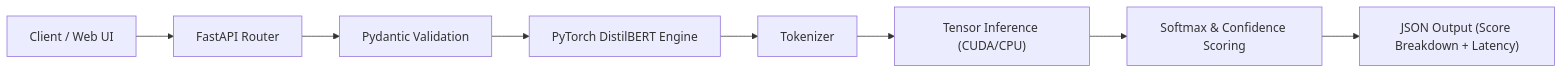
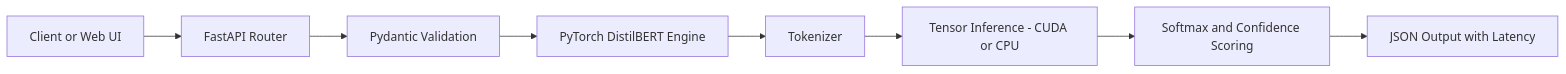
The diagram in README.md (jayshreeganesh/sentiment-api), drawn with Mermaid before and after one commit.

Commit message:
fix: simplify Mermaid diagram syntax for GitHub renderer compatibility

````diff
--- a/README.md
+++ b/README.md
@@ -23,10 +23,10 @@
 ```mermaid
 flowchart LR
-    A["Client / Web UI"] --> B["FastAPI Router"]
-    B --> C["Pydantic Validation"]
-    C --> D["PyTorch DistilBERT Engine"]
-    D --> E["Tokenizer"]
-    E --> F["Tensor Inference (CUDA/CPU)"]
-    F --> G["Softmax & Confidence Scoring"]
-    G --> H["JSON Output (Score Breakdown + Latency)"]
+    A[Client or Web UI] --> B[FastAPI Router]
+    B --> C[Pydantic Validation]
+    C --> D[PyTorch DistilBERT Engine]
+    D --> E[Tokenizer]
+    E --> F[Tensor Inference - CUDA or CPU]
+    F --> G[Softmax and Confidence Scoring]
+    G --> H[JSON Output with Latency]
 ```
````
